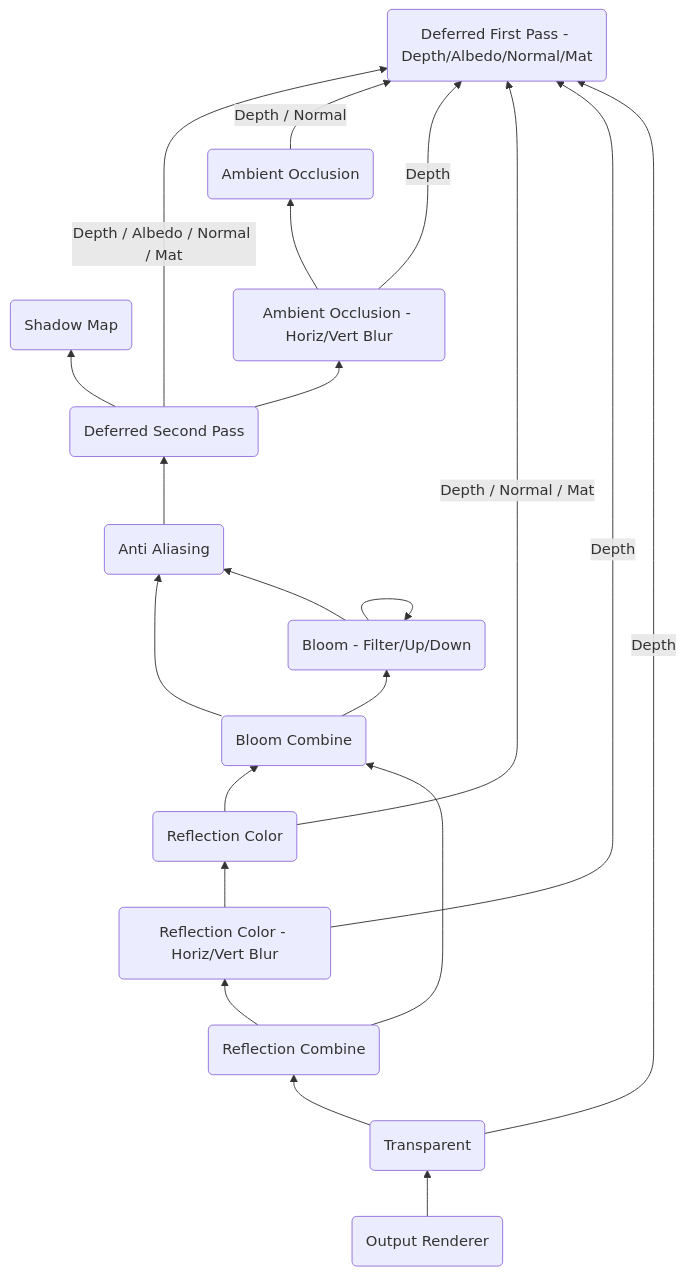
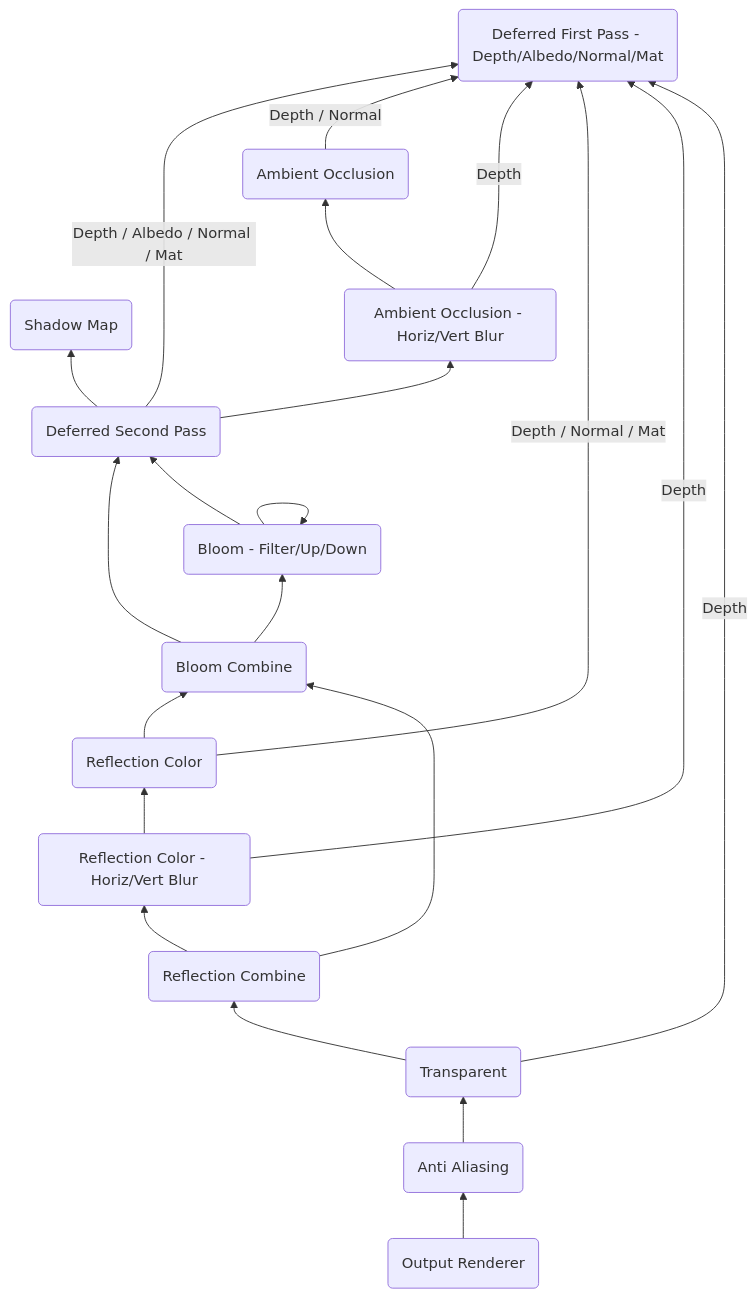
One commit to petitg1987/urchinEngine changed the diagram in 3dEngine/docs/SceneGraph.md. Above: the diagram before and after it, drawn with Mermaid.

Commit message:
Update scene graph

````diff
--- a/3dEngine/docs/SceneGraph.md
+++ b/3dEngine/docs/SceneGraph.md
@@ -3,44 +3,43 @@
 ```mermaid
 graph BT
     DeferredFirstPass(Deferred First Pass - Depth/Albedo/Normal/Mat)
     ShadowMap(Shadow Map)
     AmbientOcclusion(Ambient Occlusion)
     AmbientOcclusionBlur(Ambient Occlusion - Horiz/Vert Blur)
     DeferredSecondPass(Deferred Second Pass)
     AntiAliasing(Anti Aliasing)
     BloomFilterUpDown(Bloom - Filter/Up/Down)
     BloomCombine(Bloom Combine)
     ReflectionColor(Reflection Color)
     ReflectionColorBlur(Reflection Color - Horiz/Vert Blur)
     ReflectionCombine(Reflection Combine)
     Transparent(Transparent)
     OutputRenderer(Output Renderer)
     
-    
     DeferredSecondPass --> ShadowMap
     DeferredSecondPass -->|Depth / Albedo / Normal / Mat| DeferredFirstPass
     DeferredSecondPass --> AmbientOcclusionBlur
     
     AmbientOcclusion -->|Depth / Normal| DeferredFirstPass
     AmbientOcclusionBlur -->|Depth| DeferredFirstPass
     AmbientOcclusionBlur --> AmbientOcclusion
     
-    AntiAliasing --> DeferredSecondPass
-    
     BloomCombine --> BloomFilterUpDown
-    BloomCombine --> AntiAliasing
+    BloomCombine --> DeferredSecondPass
     BloomFilterUpDown --> BloomFilterUpDown
-    BloomFilterUpDown --> AntiAliasing
+    BloomFilterUpDown --> DeferredSecondPass
     
     ReflectionColor --> BloomCombine
     ReflectionColor -->|Depth / Normal / Mat| DeferredFirstPass
     ReflectionCombine --> BloomCombine
     ReflectionCombine --> ReflectionColorBlur
     ReflectionColorBlur --> ReflectionColor
     ReflectionColorBlur -->|Depth| DeferredFirstPass
     
     Transparent --> ReflectionCombine
     Transparent -->|Depth| DeferredFirstPass
     
-    OutputRenderer --> Transparent
+    AntiAliasing --> Transparent
+    
+    OutputRenderer --> AntiAliasing
 ```
````
